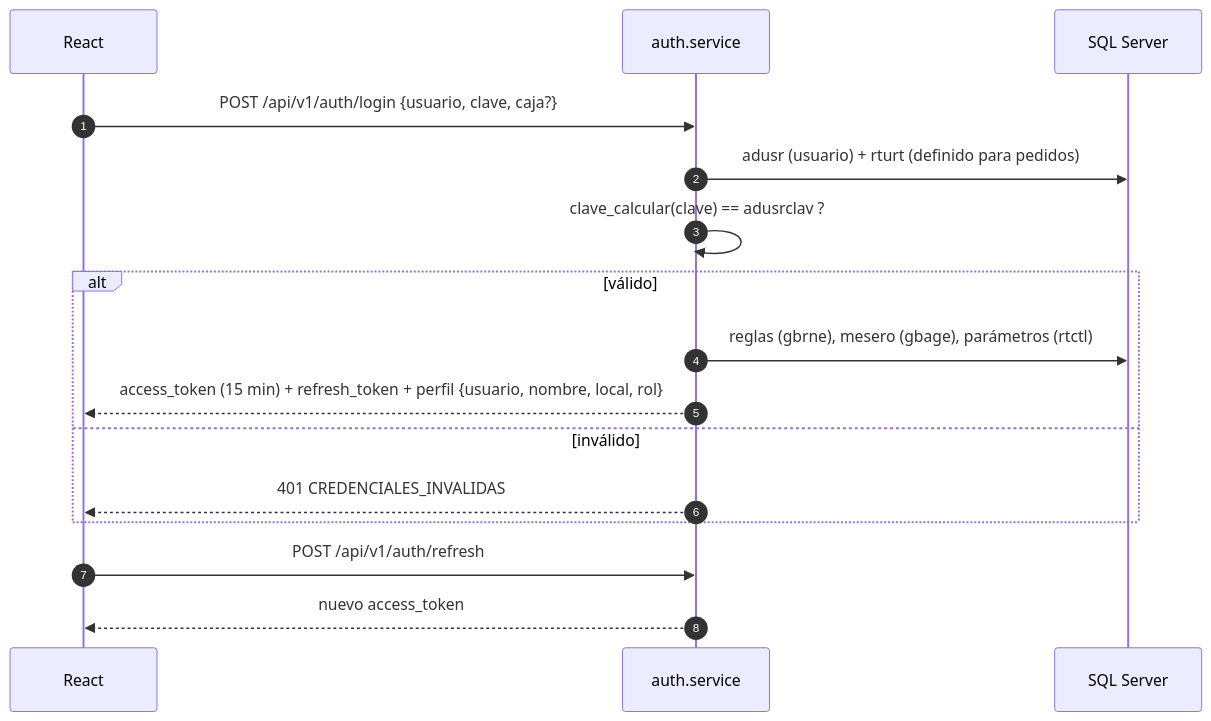
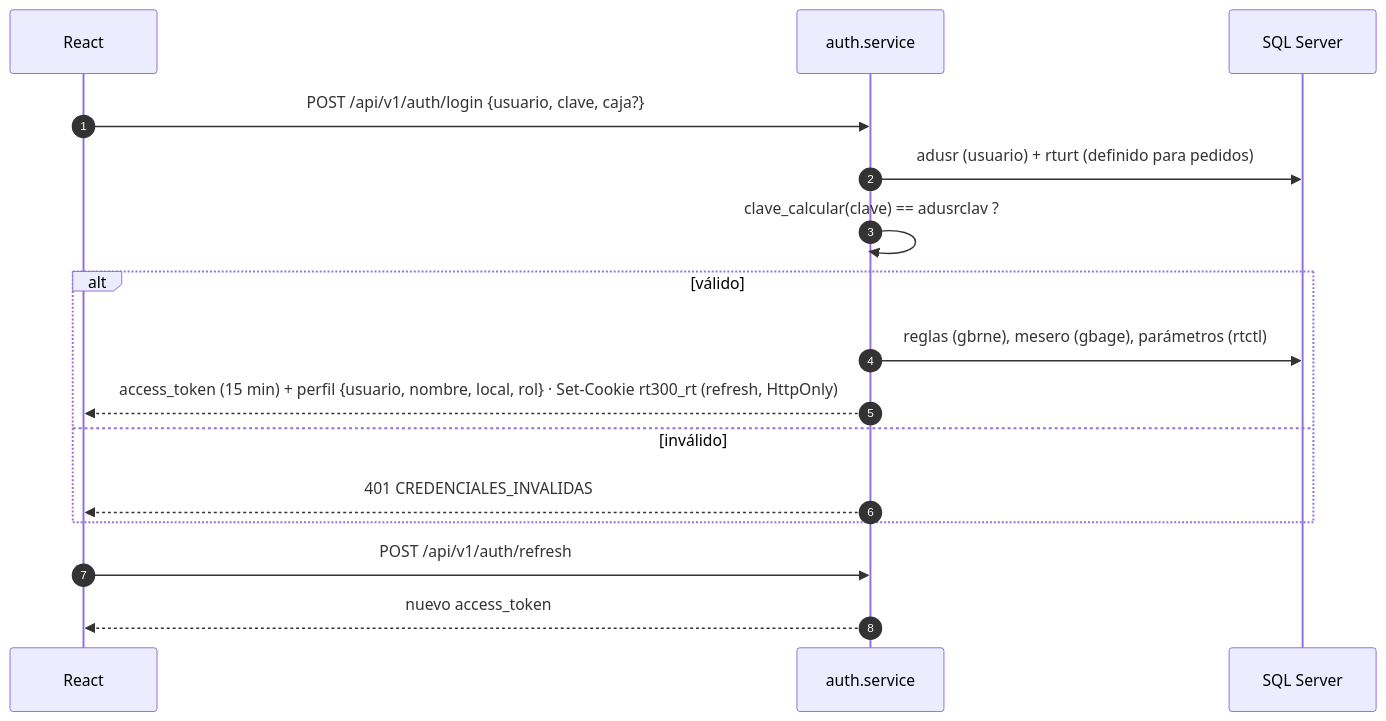
One commit to Diyhi0515/RT300 changed the second of 4 diagrams in docs/01-backend-flask.md. Above: the diagram before and after it, drawn with Mermaid. The commit also changed other lines of this file and 65 other files, not shown here.

````diff
--- a/docs/01-backend-flask.md
+++ b/docs/01-backend-flask.md
@@ -116,18 +116,18 @@
 ```mermaid
 sequenceDiagram
     autonumber
     participant FE as React
     participant A as auth.service
     participant DB as SQL Server
     FE->>A: POST /api/v1/auth/login {usuario, clave, caja?}
     A->>DB: adusr (usuario) + rturt (definido para pedidos)
     A->>A: clave_calcular(clave) == adusrclav ?
     alt válido
         A->>DB: reglas (gbrne), mesero (gbage), parámetros (rtctl)
-        A-->>FE: access_token (15 min) + refresh_token + perfil {usuario, nombre, local, rol}
+        A-->>FE: access_token (15 min) + perfil {usuario, nombre, local, rol} · Set-Cookie rt300_rt (refresh, HttpOnly)
     else inválido
         A-->>FE: 401 CREDENCIALES_INVALIDAS
     end
     FE->>A: POST /api/v1/auth/refresh
     A-->>FE: nuevo access_token
 ```
````
